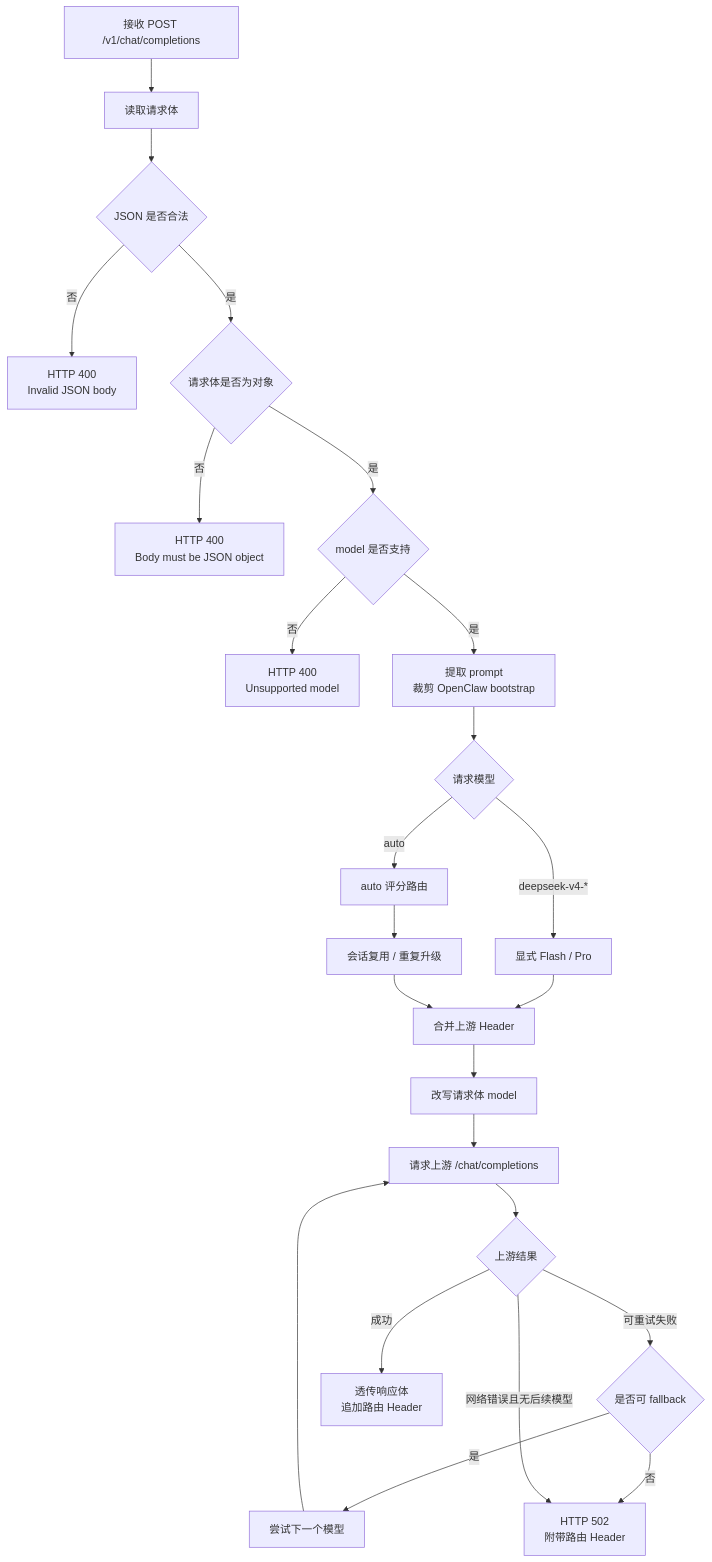
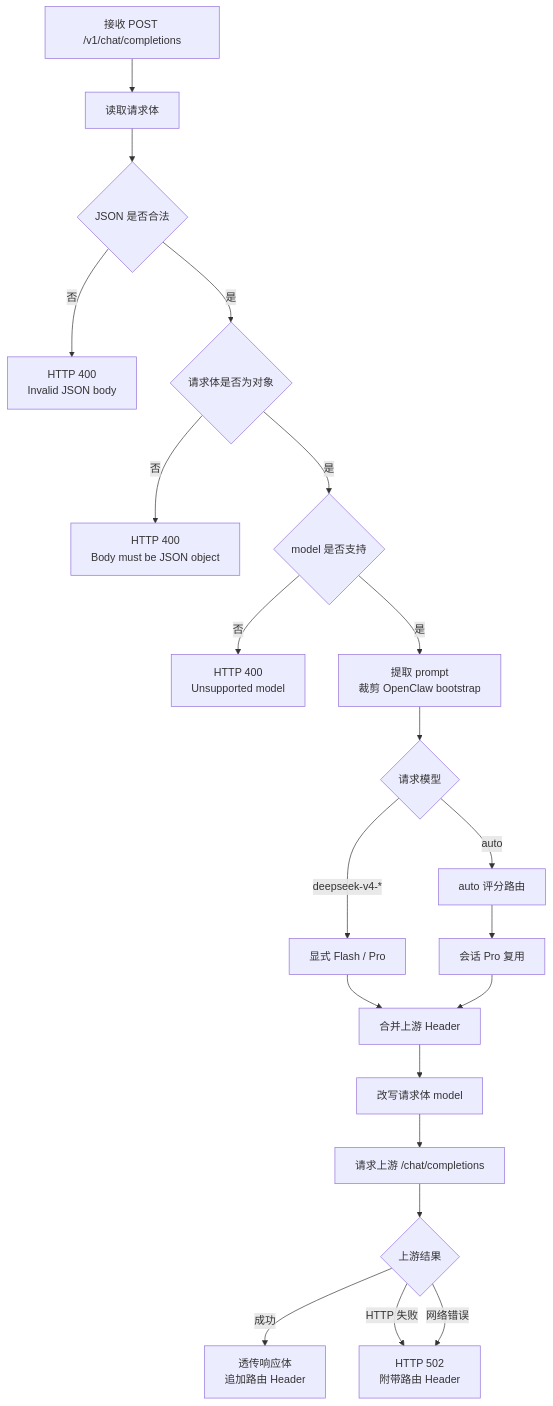
The fifth of 8 diagrams in docs/design.md (Crush12999/deepseek-router-mini), drawn with Mermaid before and after one commit. The commit also changed other lines of this file and 3 other files, not shown here.

````diff
--- a/docs/design.md
+++ b/docs/design.md
@@ -138,42 +138,38 @@
 ```mermaid
 flowchart TD
   receive[接收 POST /v1/chat/completions]
   read[读取请求体]
   parse{JSON 是否合法}
   invalidJson[HTTP 400<br/>Invalid JSON body]
   object{请求体是否为对象}
   invalidBody[HTTP 400<br/>Body must be JSON object]
   model{model 是否支持}
   unsupported[HTTP 400<br/>Unsupported model]
   prompt[提取 prompt<br/>裁剪 OpenClaw bootstrap]
   choose{请求模型}
   explicit[显式 Flash / Pro]
   auto[auto 评分路由]
-  session[会话复用 / 重复升级]
+  session[会话 Pro 复用]
   headers[合并上游 Header]
   rewrite[改写请求体 model]
   upstream[请求上游 /chat/completions]
   result{上游结果}
-  retry{是否可 fallback}
-  fallback[尝试下一个模型]
   success[透传响应体<br/>追加路由 Header]
   fail[HTTP 502<br/>附带路由 Header]
 
   receive --> read --> parse
   parse -- 否 --> invalidJson
   parse -- 是 --> object
   object -- 否 --> invalidBody
   object -- 是 --> model
   model -- 否 --> unsupported
   model -- 是 --> prompt --> choose
   choose -- deepseek-v4-* --> explicit
   choose -- auto --> auto --> session
   explicit --> headers
   session --> headers
   headers --> rewrite --> upstream --> result
   result -- 成功 --> success
-  result -- 可重试失败 --> retry
-  retry -- 是 --> fallback --> upstream
-  retry -- 否 --> fail
-  result -- 网络错误且无后续模型 --> fail
+  result -- HTTP 失败 --> fail
+  result -- 网络错误 --> fail
 ```
````
